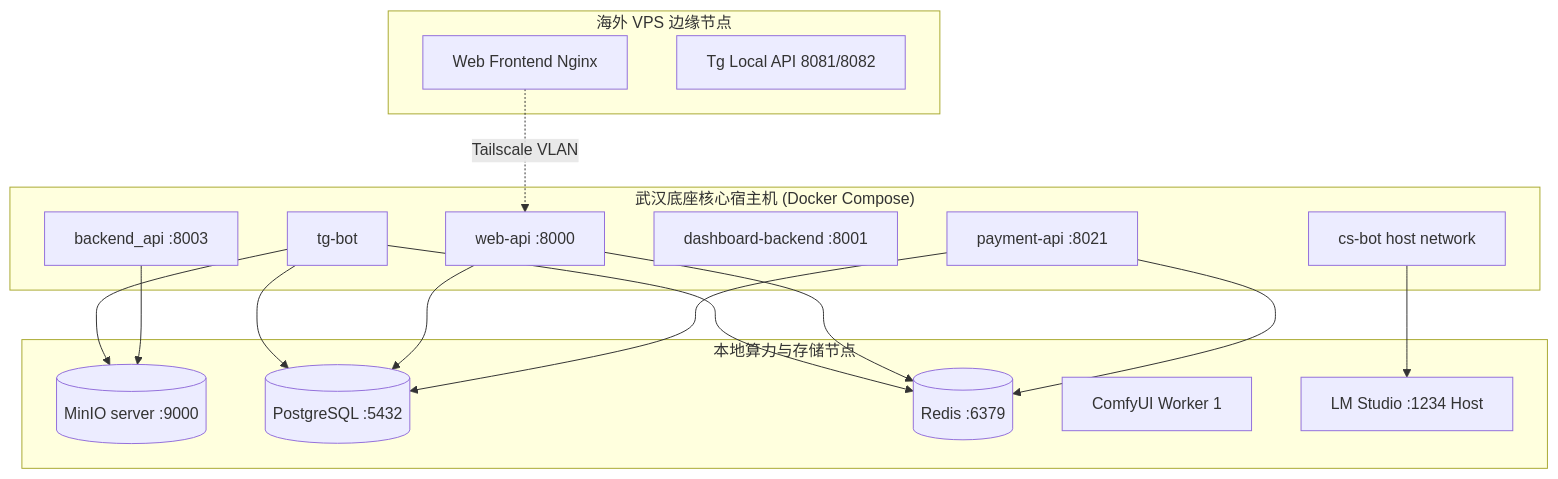
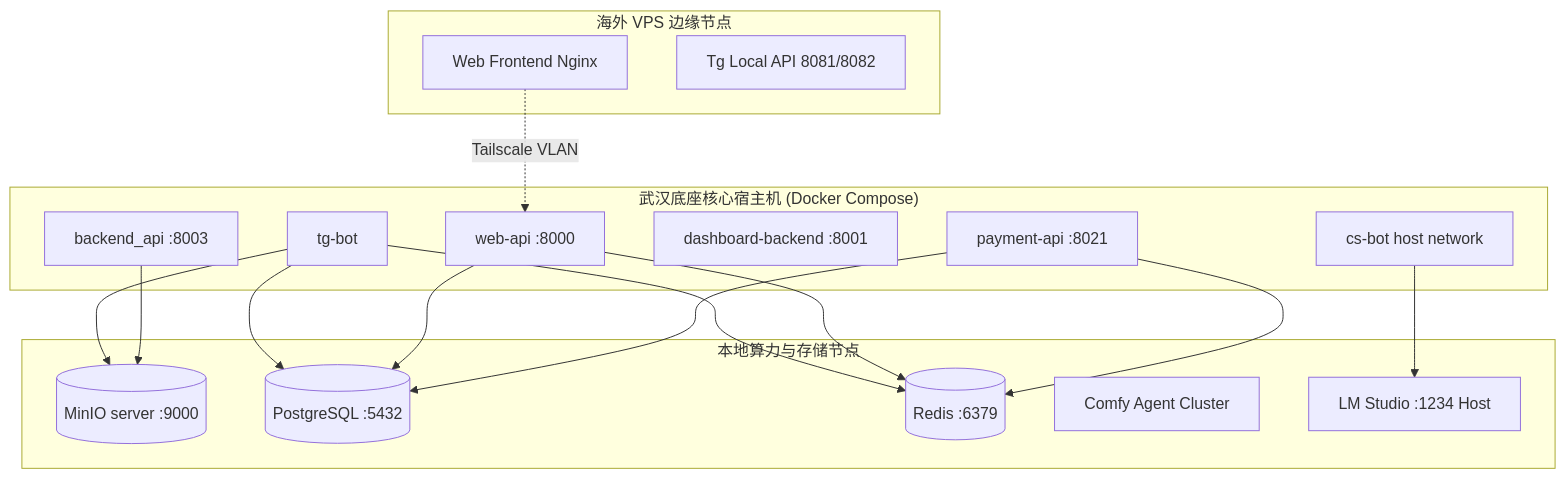
One commit to giraffu/All_bot changed the diagram in docs/子模块_运维指南与容器管理_ops_deployment.md. Above: the diagram before and after it, drawn with Mermaid. The commit also changed other lines of this file and 7 other files, not shown here.

````diff
--- a/docs/子模块_运维指南与容器管理_ops_deployment.md
+++ b/docs/子模块_运维指南与容器管理_ops_deployment.md
@@ -8,36 +8,36 @@
 ```mermaid
 graph TD
     subgraph "武汉底座核心宿主机 (Docker Compose)"
         B1[tg-bot]
         B2[web-api :8000]
         B3[payment-api :8021]
         B4[dashboard-backend :8001]
         C1[backend_api :8003]
         CS[cs-bot host network]
     end
 
     subgraph "本地算力与存储节点"
         M1[(MinIO server :9000)]
         PG[(PostgreSQL :5432)]
         RD[(Redis :6379)]
-        W1[ComfyUI Worker 1]
+        W1[Comfy Agent Cluster]
         LLM[LM Studio :1234 Host]
     end
 
     subgraph "海外 VPS 边缘节点"
         V1[Web Frontend Nginx]
         V2[Tg Local API 8081/8082]
     end
 
     %% 关联
     B1 --> PG
     B2 --> PG
     B3 --> PG
     B1 --> RD
     B2 --> RD
     B3 --> RD
     B1 --> M1
     C1 --> M1
     CS --> LLM
     V1 -.->|Tailscale VLAN| B2
 ```
````
